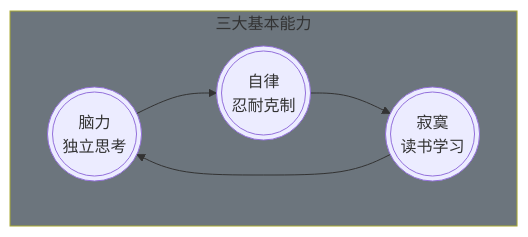
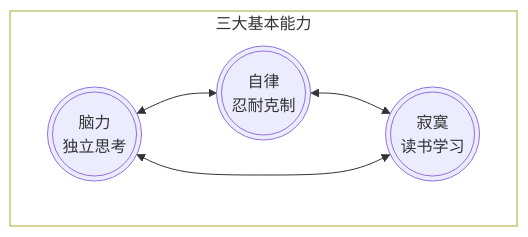
One commit to aurelius-shu/lmsl changed the second of 2 diagrams in README.md. Above: the diagram before and after it, drawn with Mermaid. The commit also changed other lines of this file and 2 other files, not shown here.

````diff
--- a/README.md
+++ b/README.md
@@ -13,10 +10,10 @@
 ```mermaid
-flowchart LR
-  subgraph bg [三大基本能力]
+flowchart TB
+  subgraph abilities [三大基本能力]
     direction LR
-    brains(((脑力\n独立思考))) --> self-discipline(((自律\n忍耐克制)))
-    self-discipline(((自律\n忍耐克制))) --> loneliness(((寂寞\n读书学习)))
-    loneliness(((寂寞\n读书学习))) --> brains(((脑力\n独立思考)))
+    brains(((脑力\n独立思考))) <--> self-discipline(((自律\n忍耐克制)))
+    self-discipline(((自律\n忍耐克制))) <--> loneliness(((寂寞\n读书学习)))
+    loneliness(((寂寞\n读书学习))) <--> brains(((脑力\n独立思考)))
   end
-  style bg fill:#6c757d
+  style abilities fill:#fff
 ```
````
